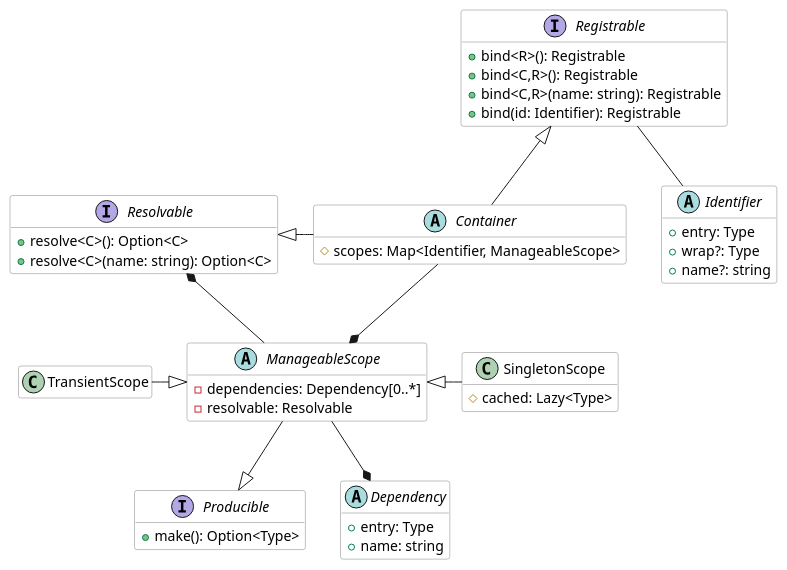
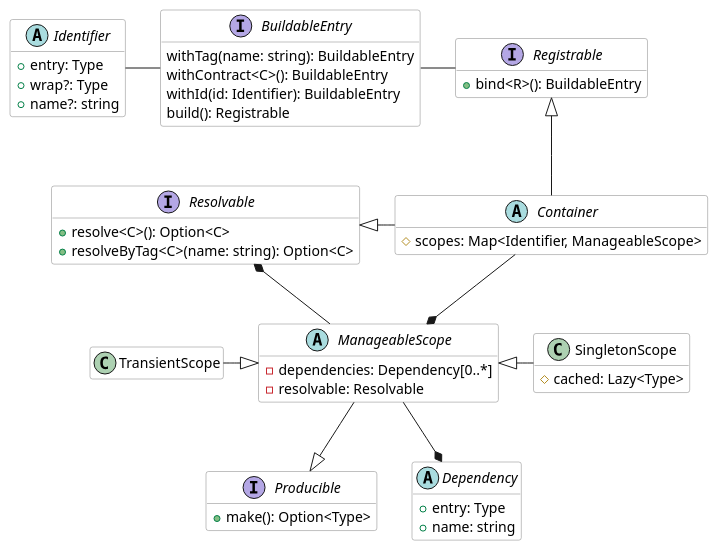
The diagram in docs/overview.puml (andrew-malikov/invoker), drawn with PlantUML before and after one commit.

Commit message:
docs: use separate builder entity to make registrable entries

```diff
--- a/docs/overview.puml
+++ b/docs/overview.puml
@@ -1,78 +1,83 @@
 @startuml overview
 
 interface Registrable {
-    +bind<R>(): Registrable
-    +bind<C,R>(): Registrable
-    +bind<C,R>(name: string): Registrable
-    +bind(id: Identifier): Registrable
+    +bind<R>(): BuildableEntry
 }
 
-Registrable -- Identifier
+interface BuildableEntry {
+    withTag(name: string): BuildableEntry
+    withContract<C>(): BuildableEntry
+    withId(id: Identifier): BuildableEntry
+    build(): Registrable
+}
+
+Registrable -left- BuildableEntry
+BuildableEntry -left- Identifier
 
 abstract class Identifier {
     +entry: Type
     +wrap?: Type
     +name?: string 
 }
 
 hide Identifier methods
 
 interface Producible {
     +make(): Option<Type>
 }
 
 abstract class ManageableScope {
     -dependencies: Dependency[0..*]
     -resolvable: Resolvable
 }
 
 ManageableScope --|> Producible
 ManageableScope --* Resolvable
 hide ManageableScope methods
 
 class SingletonScope {
     #cached: Lazy<Type>
 }
 
 SingletonScope -left-|> ManageableScope
 hide SingletonScope methods
 
 class TransientScope
 
 TransientScope -right-|> ManageableScope
 hide TransientScope fields
 hide TransientScope methods
 
 abstract class Dependency {
     +entry: Type
     +name: string
 }
 
 ManageableScope --* Dependency
 hide Dependency methods
 
 interface Resolvable {
     +resolve<C>(): Option<C>
-    +resolve<C>(name: string): Option<C>
+    +resolveByTag<C>(name: string): Option<C>
 }
 
 abstract class Container {
     #scopes: Map<Identifier, ManageableScope>
 }
 
 Container -up-|> Registrable
 Container -left-|> Resolvable
 Container --* ManageableScope
 hide Container methods
 
 hide interface fields
 
 skinparam defaultFontName Cascadia Code
 
 skinparam class {
   BackgroundColor White
   ArrowColor Black
   BorderColor Gray
 }
 
 @enduml
```
